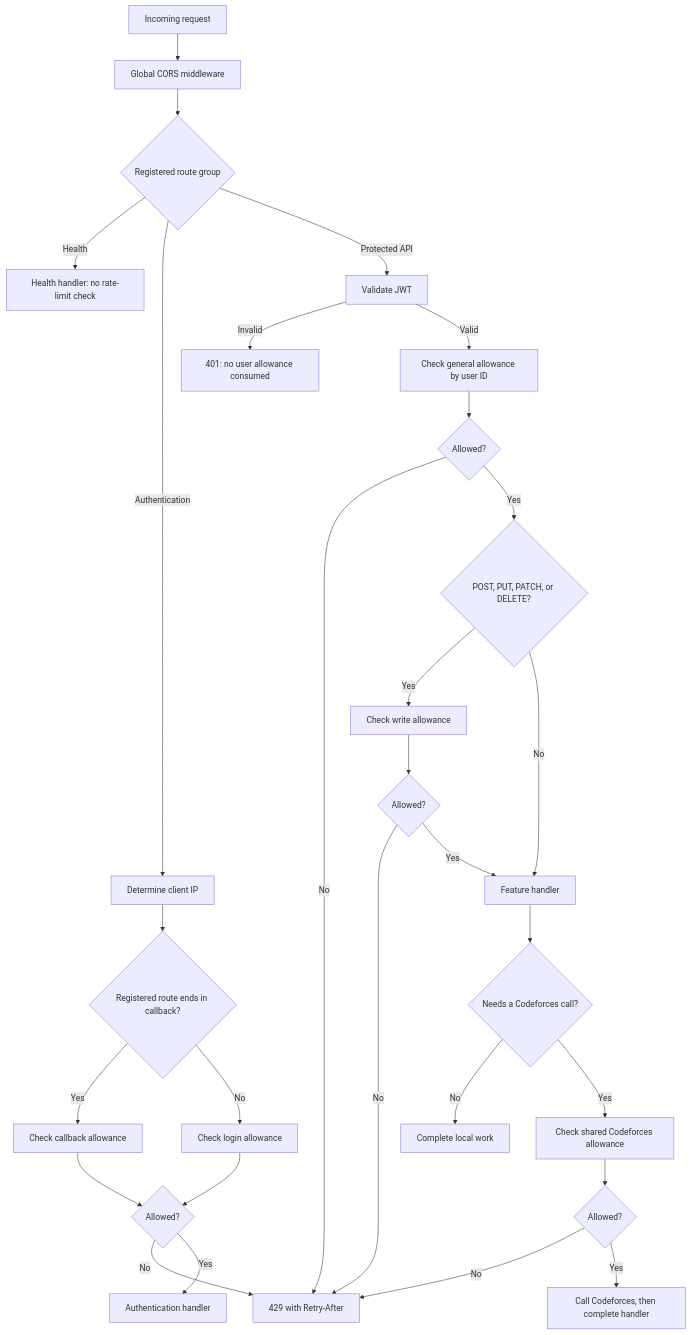
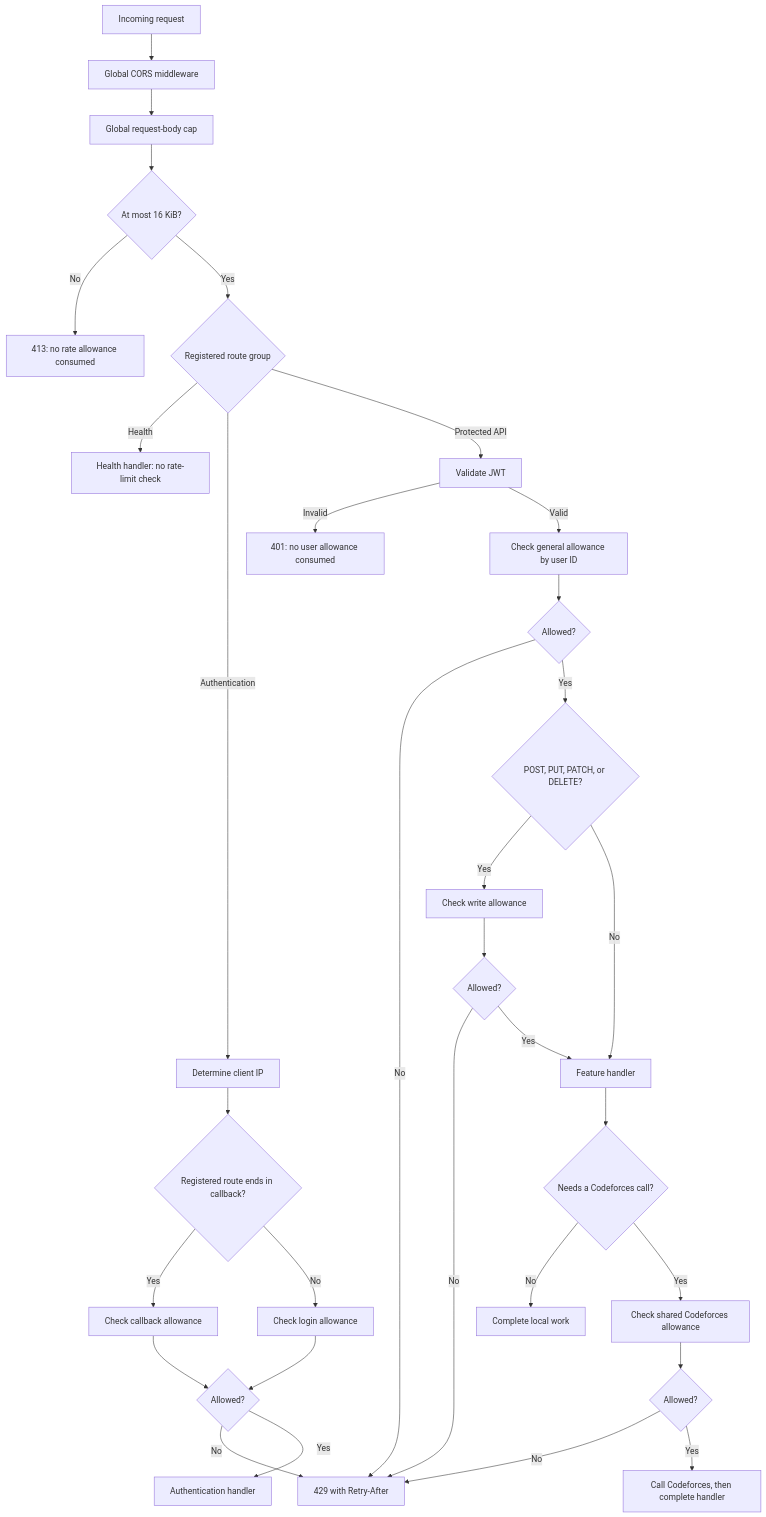
Before and after one commit to mbashem/cftracker: the first of 2 diagrams in backend/RATE_LIMITING.md, drawn with Mermaid. The commit also changed other lines of this file and 14 other files, not shown here.

````diff
--- a/backend/RATE_LIMITING.md
+++ b/backend/RATE_LIMITING.md
@@ -37,31 +37,34 @@
 ```mermaid
 flowchart TD
     Request[Incoming request] --> CORS[Global CORS middleware]
-    CORS --> Route{Registered route group}
+    CORS --> Body[Global request-body cap]
+    Body --> BodyAllowed{At most 16 KiB?}
+    BodyAllowed -->|No| TooLarge[413: no rate allowance consumed]
+    BodyAllowed -->|Yes| Route{Registered route group}
     Route -->|Health| Health[Health handler: no rate-limit check]
     Route -->|Authentication| IP[Determine client IP]
     IP --> AuthPolicy{Registered route ends in callback?}
     AuthPolicy -->|Yes| Callback[Check callback allowance]
     AuthPolicy -->|No| Login[Check login allowance]
     Callback --> AuthAllowed{Allowed?}
     Login --> AuthAllowed
     AuthAllowed -->|No| Reject[429 with Retry-After]
     AuthAllowed -->|Yes| AuthHandler[Authentication handler]
     Route -->|Protected API| JWT[Validate JWT]
     JWT -->|Invalid| Unauthorized[401: no user allowance consumed]
     JWT -->|Valid| General[Check general allowance by user ID]
     General --> GeneralAllowed{Allowed?}
     GeneralAllowed -->|No| Reject
     GeneralAllowed -->|Yes| Method{POST, PUT, PATCH, or DELETE?}
     Method -->|Yes| Write[Check write allowance]
     Write --> WriteAllowed{Allowed?}
     WriteAllowed -->|No| Reject
     WriteAllowed -->|Yes| Handler[Feature handler]
     Method -->|No| Handler
     Handler --> NeedsCF{Needs a Codeforces call?}
     NeedsCF -->|No| Local[Complete local work]
     NeedsCF -->|Yes| Cooldown[Check shared Codeforces allowance]
     Cooldown --> CFAllowed{Allowed?}
     CFAllowed -->|No| Reject
     CFAllowed -->|Yes| Provider[Call Codeforces, then complete handler]
 ```
````
